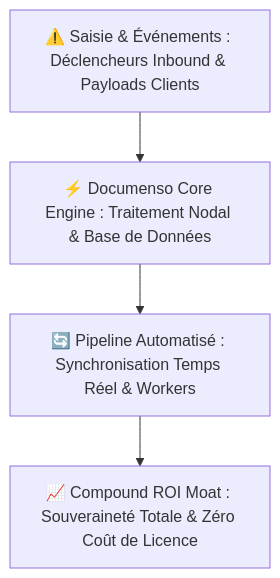
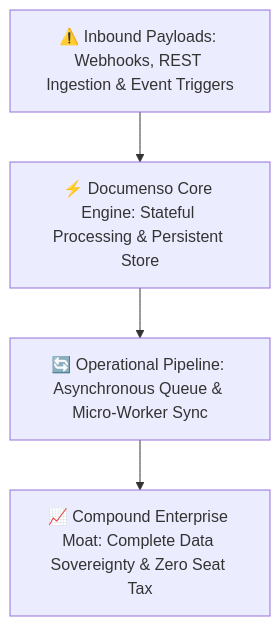
One commit to heliatech-media/saas-radar changed the diagram in site/src/content/repos/documenso.md. Above: the diagram before and after it, drawn with Mermaid. The commit also changed other lines of this file and 11 other files, not shown here.

````diff
--- a/site/src/content/repos/documenso.md
+++ b/site/src/content/repos/documenso.md
@@ -38,6 +38,6 @@
 ```mermaid
 flowchart TD
-    Inp["⚠️ Saisie & Événements : Déclencheurs Inbound & Payloads Clients"] --> Eng["⚡ Documenso Core Engine : Traitement Nodal & Base de Données"]
-    Eng --> Pipe["🔄 Pipeline Automatisé : Synchronisation Temps Réel & Workers"]
-    Pipe --> Moat["📈 Compound ROI Moat : Souveraineté Totale & Zéro Coût de Licence"]
+    Inp["⚠️ Inbound Payloads: Webhooks, REST Ingestion & Event Triggers"] --> Eng["⚡ Documenso Core Engine: Stateful Processing & Persistent Store"]
+    Eng --> Pipe["🔄 Operational Pipeline: Asynchronous Queue & Micro-Worker Sync"]
+    Pipe --> Moat["📈 Compound Enterprise Moat: Complete Data Sovereignty & Zero Seat Tax"]
 ```
````
